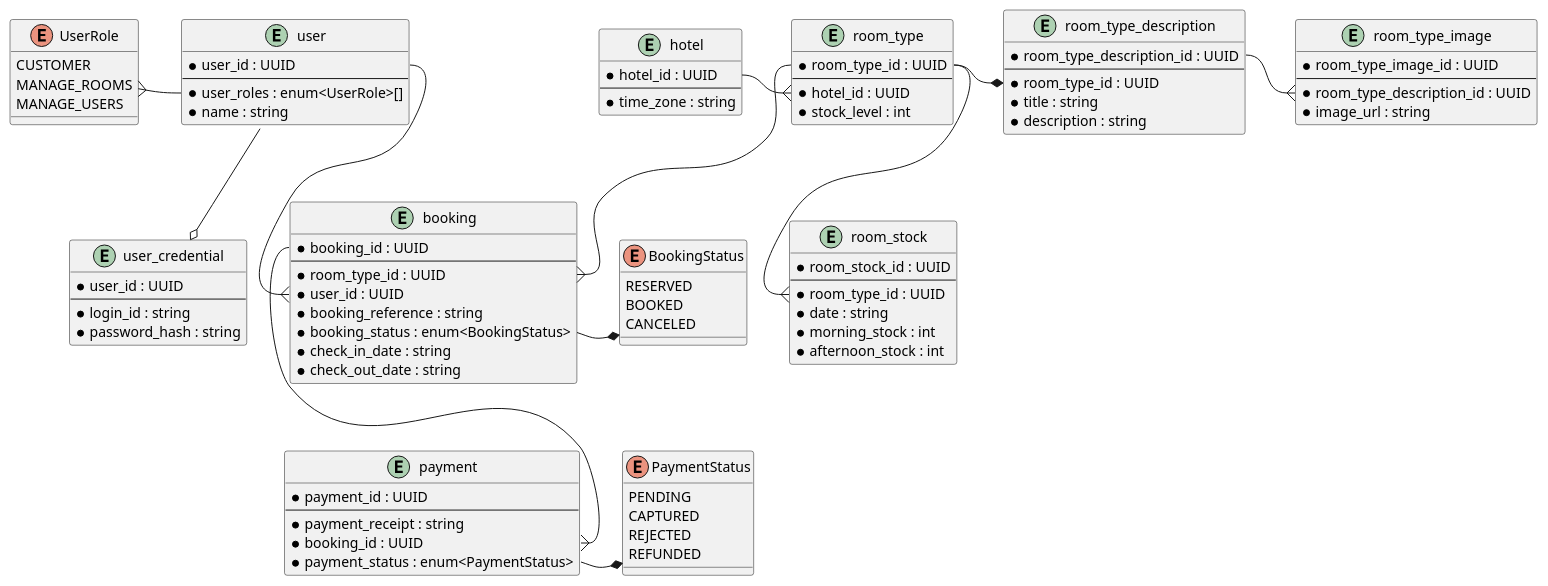
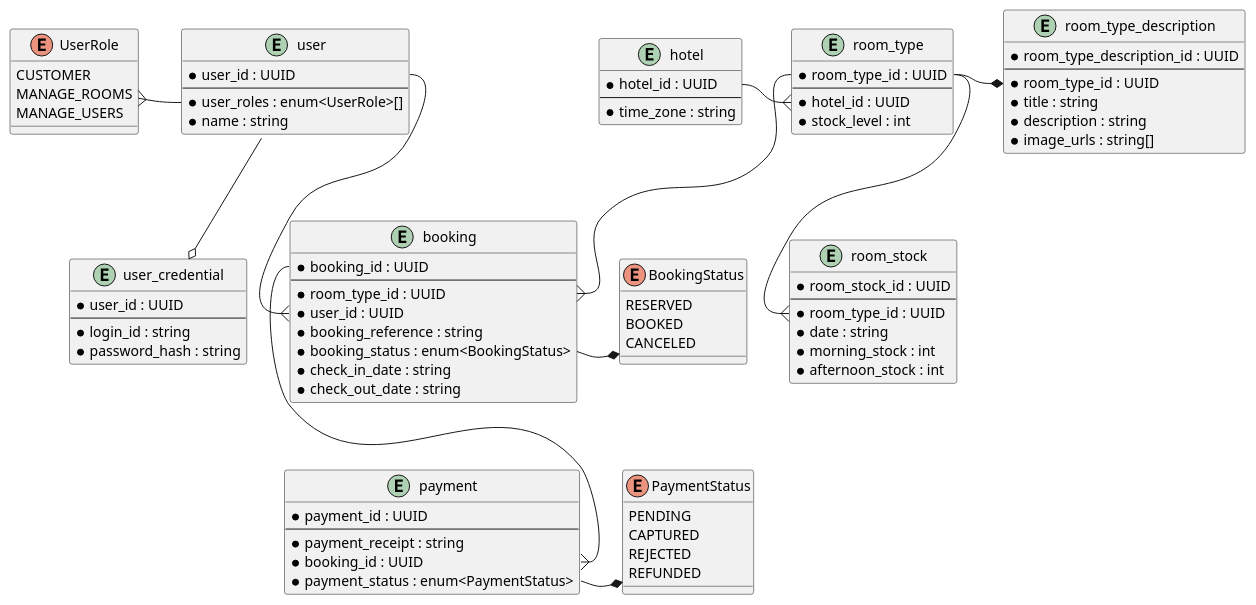
One commit to Samour/hotel-booking changed the diagram in be/db_schema.puml. Above: the diagram before and after it, drawn with PlantUML. The commit also changed 6 other files, not shown here.

```diff
--- a/be/db_schema.puml
+++ b/be/db_schema.puml
@@ -1,118 +1,110 @@
 @startuml
 
 'User
 
 enum UserRole {
     CUSTOMER
     MANAGE_ROOMS
     MANAGE_USERS
 }
 
 entity user_credential {
     * user_id : UUID
     --
     * login_id : string
     * password_hash : string
 }
 
 entity user {
     * user_id : UUID
     --
     * user_roles : enum<UserRole>[]
     * name : string
 }
 
 user --o user_credential
 UserRole }- user::user_roles
 
 'Room
 
 entity hotel {
     * hotel_id : UUID
     --
     * time_zone : string
 }
 
 entity room_type {
     * room_type_id : UUID
     --
     * hotel_id : UUID
     * stock_level : int
 }
 
 hotel::hotel_id -{ room_type::hotel_id
 
 entity room_type_description {
     * room_type_description_id : UUID
     --
     * room_type_id : UUID
     * title : string
     * description : string
+    * image_urls : string[]
 }
 
 room_type::room_type_id -* room_type_description::room_type_id
-
-entity room_type_image {
-    * room_type_image_id : UUID
-    --
-    * room_type_description_id : UUID
-    * image_url : string
-}
-
-room_type_description::room_type_description_id -{ room_type_image::room_type_description_id
 
 entity room_stock {
     * room_stock_id : UUID
     --
     * room_type_id : UUID
     * date : string
     * morning_stock : int
     * afternoon_stock : int
 }
 
 room_type::room_type_id --{ room_stock::room_type_id
 
 'Booking
 
 enum BookingStatus {
     RESERVED
     BOOKED
     CANCELED
 }
 
 entity booking {
     * booking_id : UUID
     --
     * room_type_id : UUID
     * user_id : UUID
     * booking_reference : string
     * booking_status : enum<BookingStatus>
     * check_in_date : string
     * check_out_date : string
 }
 
 booking::booking_status -* BookingStatus
 user::user_id --{ booking::user_id
 room_type::room_type_id --{ booking::room_type_id
 
 'Payment
 
 enum PaymentStatus {
     PENDING
     CAPTURED
     REJECTED
     REFUNDED
 }
 
 entity payment {
     * payment_id : UUID
     --
     * payment_receipt : string
     * booking_id : UUID
     * payment_status : enum<PaymentStatus>
 }
 
 payment::payment_status -* PaymentStatus
 booking::booking_id --{ payment::booking_id
 
 @enduml
```
